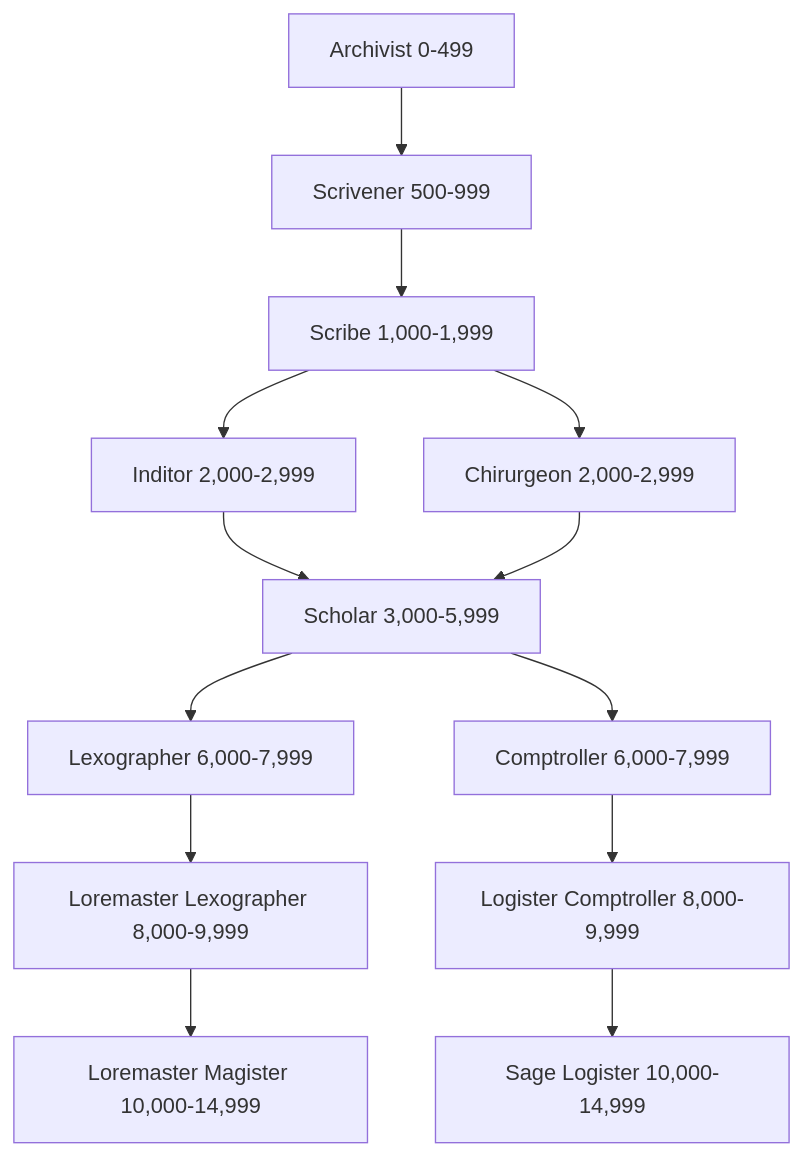
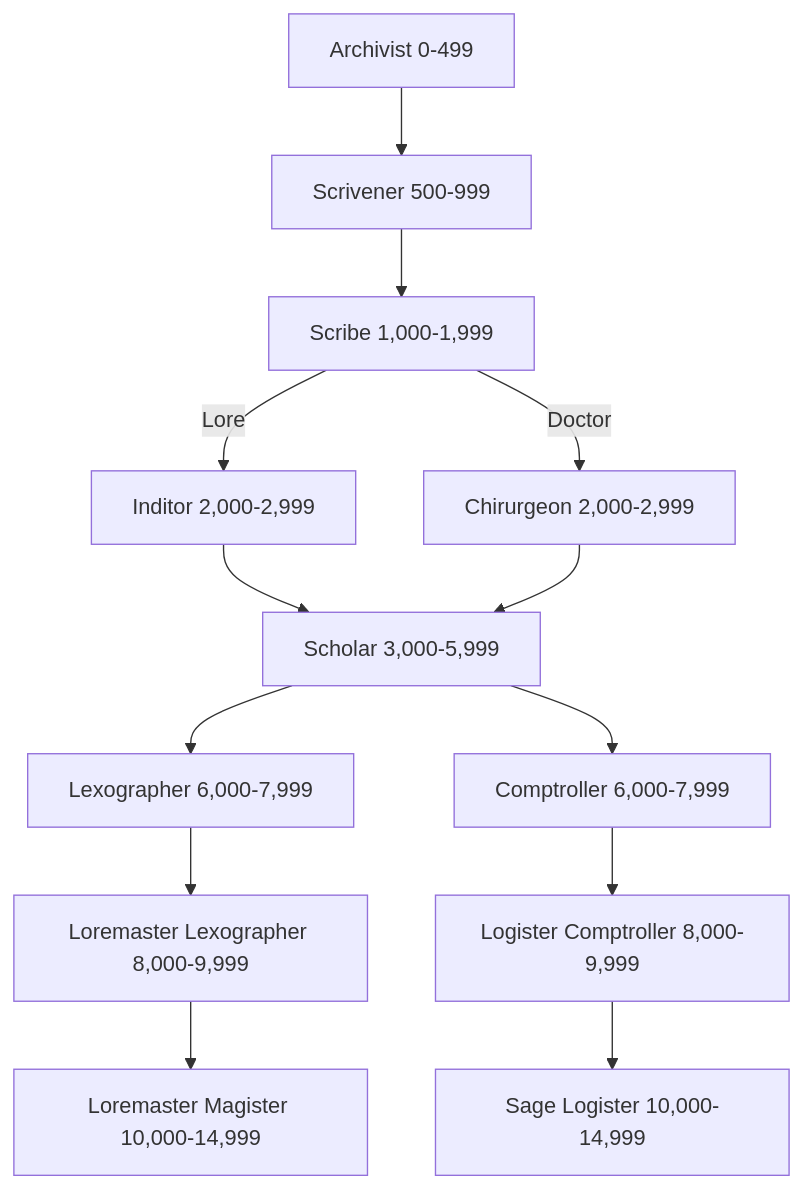
One commit to zyzyx159/Rule-books changed the diagram in Classes/Adept.md. Above: the diagram before and after it, drawn with Mermaid. The commit also changed 3 other files, not shown here.

````diff
--- a/Classes/Adept.md
+++ b/Classes/Adept.md
@@ -29,12 +29,14 @@
 ```mermaid
 graph TD
 A[Archivist 0-499] --> B[Scrivener 500-999]
 B --> C[Scribe 1,000-1,999]
-C --> D[Inditor 2,000-2,999] &  E[Chirurgeon 2,000-2,999] --> F[Scholar 3,000-5,999]
+C -- Lore --> D[Inditor 2,000-2,999] 
+C -- Doctor --> E[Chirurgeon 2,000-2,999]
+D & E --> F[Scholar 3,000-5,999]
 F --> G[Lexographer 6,000-7,999]
 G --> H[Loremaster Lexographer 8,000-9,999]
 H --> I[Loremaster Magister 10,000-14,999]
 F --> J[Comptroller 6,000-7,999]
 J --> K[Logister Comptroller 8,000-9,999]
 K --> L[Sage Logister 10,000-14,999]
 ```
````
